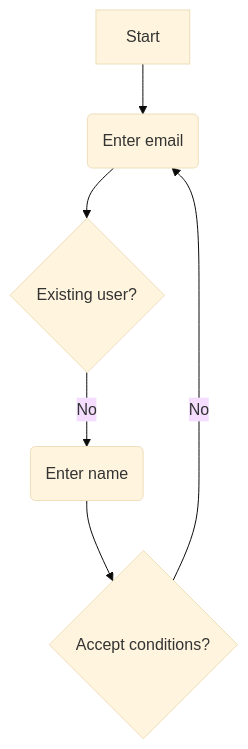
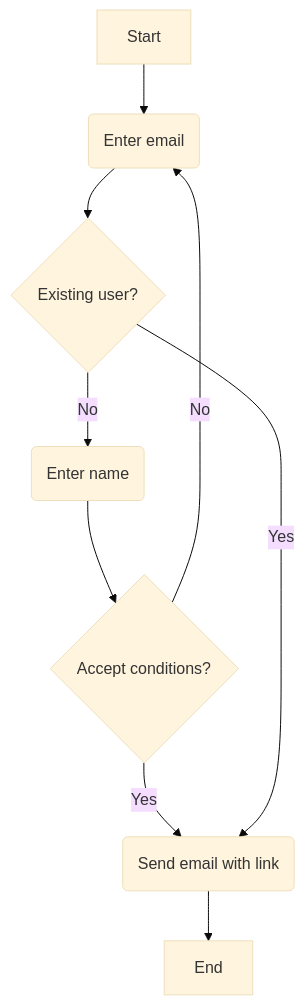
One commit to MartinSlooter/openshift-learning-journal changed the second of 2 diagrams in ideas/test-mermaid.md. Above: the diagram before and after it, drawn with Mermaid (base theme).

Commit message:
Enhance mermaid diagram with email flow and PDF export
Added flow for email verification process and export info.

````diff
--- a/ideas/test-mermaid.md
+++ b/ideas/test-mermaid.md
@@ -8,8 +8,11 @@
 ```mermaid
 flowchart
   S[Start] --> A
   A(Enter email) --> B{Existing user?}
   B -->|No| C(Enter name)
   C --> D{Accept conditions?}
   D -->|No| A
+  D -->|Yes| E(Send email with link)
+  B -->|Yes| E
+  E --> End
 ```
````
